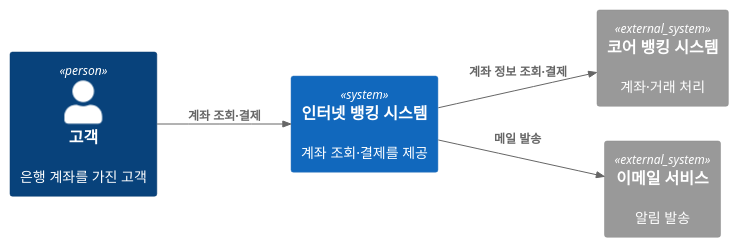
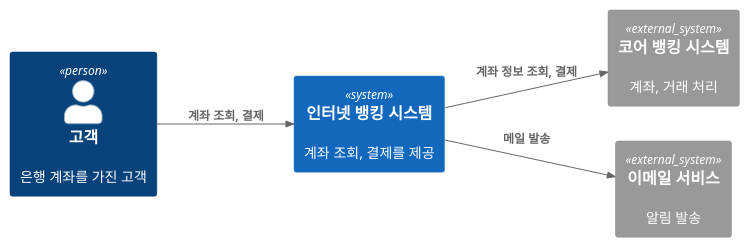
One commit to johnycho/johny-dev changed the second of 5 diagrams in blog/2026-09-06-c4-model-architecture-diagram.mdx. Above: the diagram before and after it, drawn with PlantUML. The commit also changed other lines of this file and 188 other files, not shown here.

````diff
--- a/blog/2026-09-06-c4-model-architecture-diagram.mdx
+++ b/blog/2026-09-06-c4-model-architecture-diagram.mdx
@@ -63,15 +63,15 @@
 ```plantuml
 @startuml
 !include https://raw.githubusercontent.com/plantuml-stdlib/C4-PlantUML/master/C4_Context.puml
 LAYOUT_LEFT_RIGHT()
 
 Person(customer, "고객", "은행 계좌를 가진 고객")
-System(ib, "인터넷 뱅킹 시스템", "계좌 조회·결제를 제공")
-System_Ext(core, "코어 뱅킹 시스템", "계좌·거래 처리")
+System(ib, "인터넷 뱅킹 시스템", "계좌 조회, 결제를 제공")
+System_Ext(core, "코어 뱅킹 시스템", "계좌, 거래 처리")
 System_Ext(email, "이메일 서비스", "알림 발송")
 
-Rel(customer, ib, "계좌 조회·결제")
-Rel(ib, core, "계좌 정보 조회·결제")
+Rel(customer, ib, "계좌 조회, 결제")
+Rel(ib, core, "계좌 정보 조회, 결제")
 Rel(ib, email, "메일 발송")
 @enduml
 ```
````
